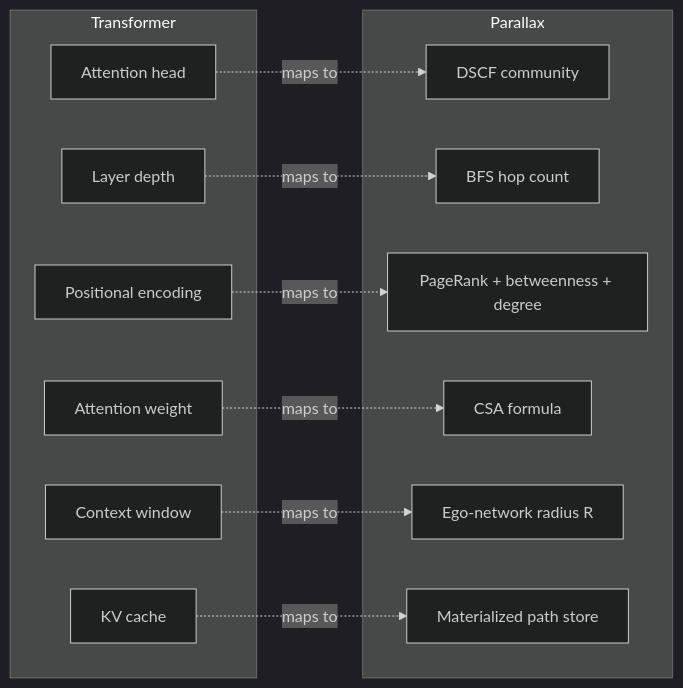
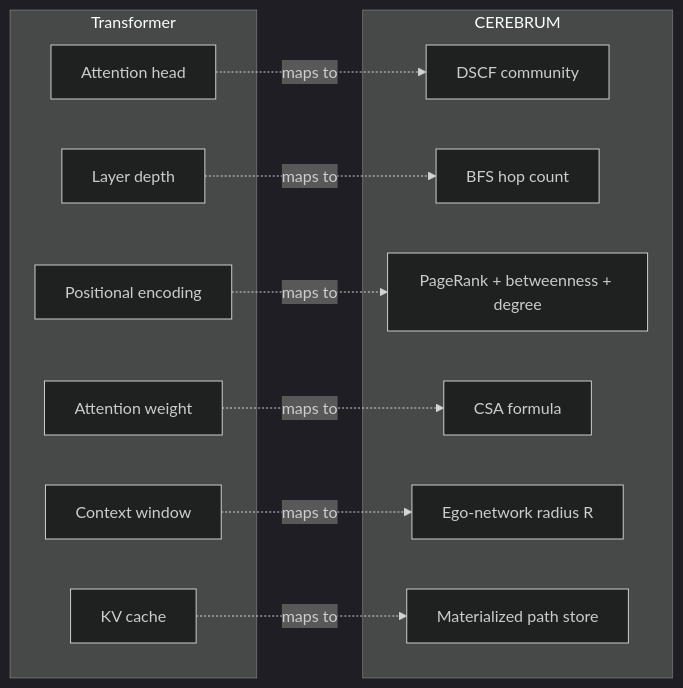
The third of 3 diagrams in README.md (BrutalByte/CEREBRUM), drawn with Mermaid (dark theme) before and after one commit. The commit also changed other lines of this file and 196 other files, not shown here.

````diff
--- a/README.md
+++ b/README.md
@@ -195,27 +199,27 @@
 ```mermaid
 graph LR
     subgraph Transformer
         T1[Attention head]
         T2[Layer depth]
         T3[Positional encoding]
         T4[Attention weight]
         T5[Context window]
         T6[KV cache]
     end
 
-    subgraph Parallax
+    subgraph CEREBRUM
         P1[DSCF community]
         P2[BFS hop count]
         P3[PageRank + betweenness + degree]
         P4[CSA formula]
         P5[Ego-network radius R]
         P6[Materialized path store]
     end
 
     T1 -.->|maps to| P1
     T2 -.->|maps to| P2
     T3 -.->|maps to| P3
     T4 -.->|maps to| P4
     T5 -.->|maps to| P5
     T6 -.->|maps to| P6
 ```
````
